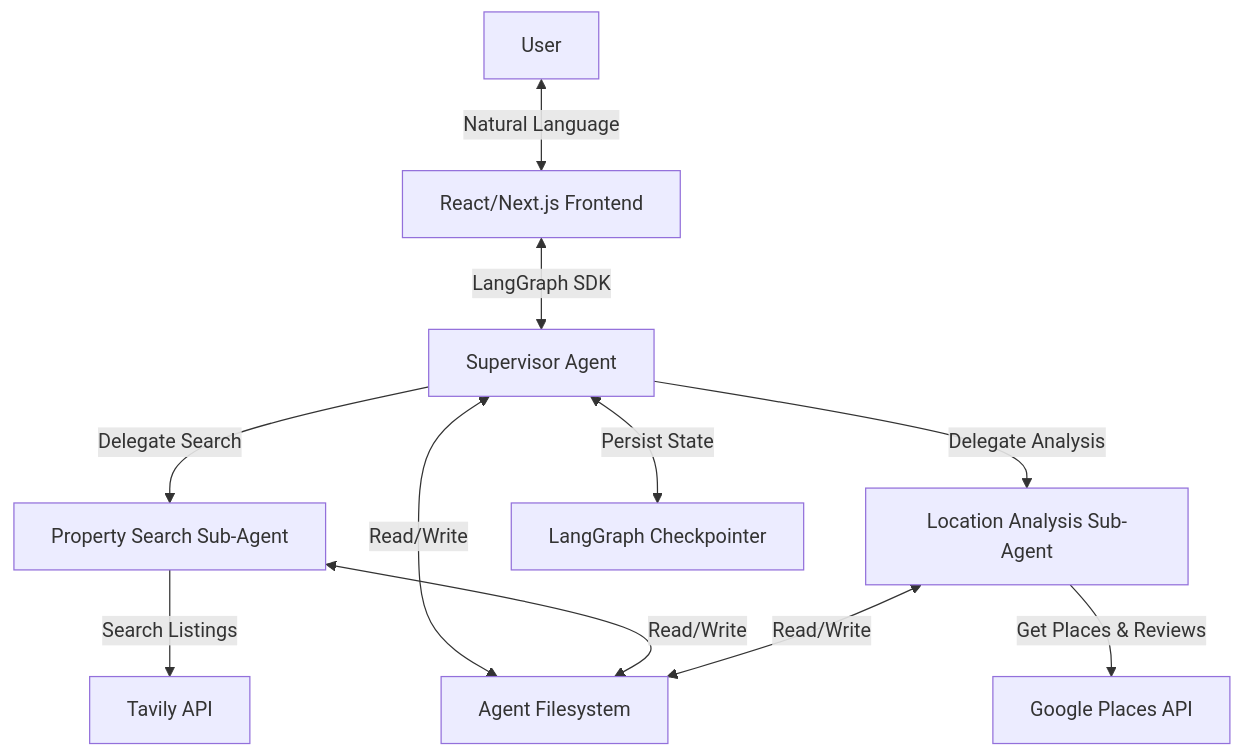
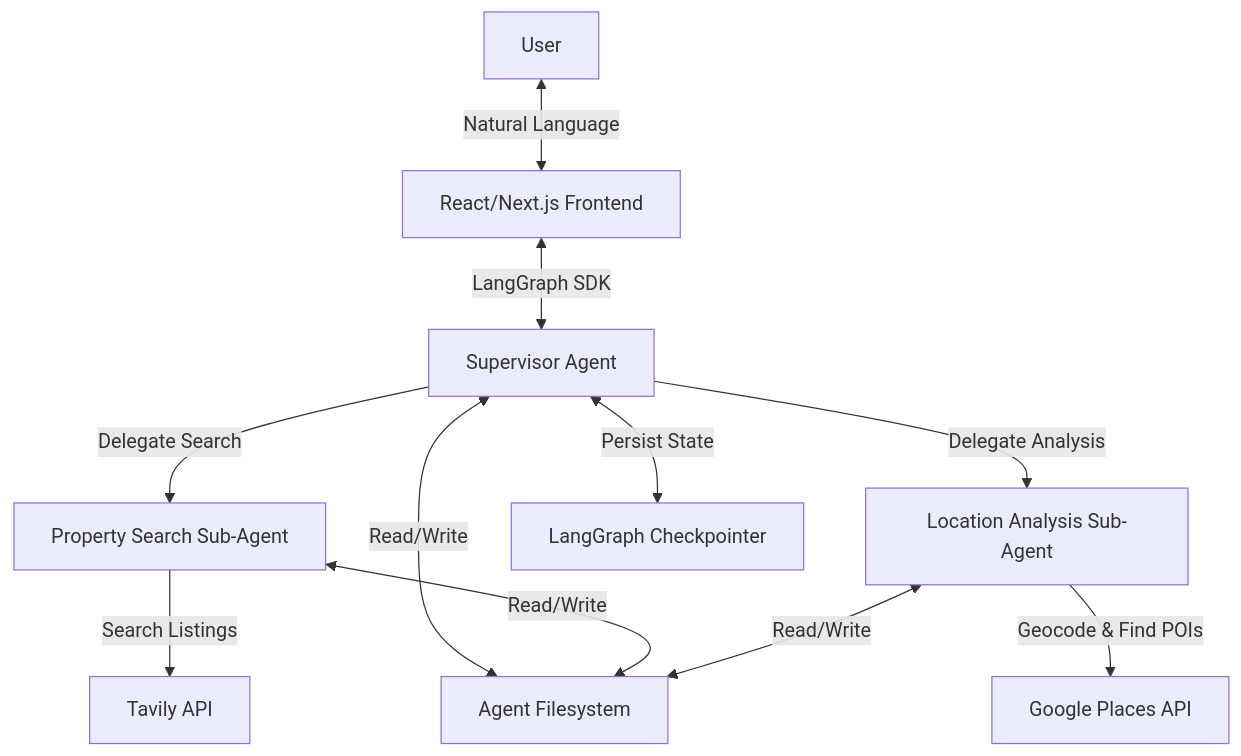
The diagram in .kiro/specs/ai-real-estate-copilot/design.md (Emarhnuel/Real-Estate-AI-Agent), drawn with Mermaid before and after one commit. The commit also changed other lines of this file, not shown here.

Commit message:
docs: update design.md with refined location analysis architecture

````diff
--- a/.kiro/specs/ai-real-estate-copilot/design.md
+++ b/.kiro/specs/ai-real-estate-copilot/design.md
@@ -13,13 +13,13 @@
 ```mermaid
 graph TD
     User[User] <-->|Natural Language| Frontend[React/Next.js Frontend]
     Frontend <-->|LangGraph SDK| SupervisorAgent[Supervisor Agent]
     SupervisorAgent -->|Delegate Search| PropertySearchAgent[Property Search Sub-Agent]
     SupervisorAgent -->|Delegate Analysis| LocationAnalysisAgent[Location Analysis Sub-Agent]
     PropertySearchAgent -->|Search Listings| TavilyAPI[Tavily API]
-    LocationAnalysisAgent -->|Get Places & Reviews| GooglePlacesAPI[Google Places API]
+    LocationAnalysisAgent -->|Geocode & Find POIs| GooglePlacesAPI[Google Places API]
     SupervisorAgent <-->|Read/Write| Filesystem[Agent Filesystem]
     PropertySearchAgent <-->|Read/Write| Filesystem
     LocationAnalysisAgent <-->|Read/Write| Filesystem
     SupervisorAgent <-->|Persist State| Checkpointer[LangGraph Checkpointer]
 ```
````
